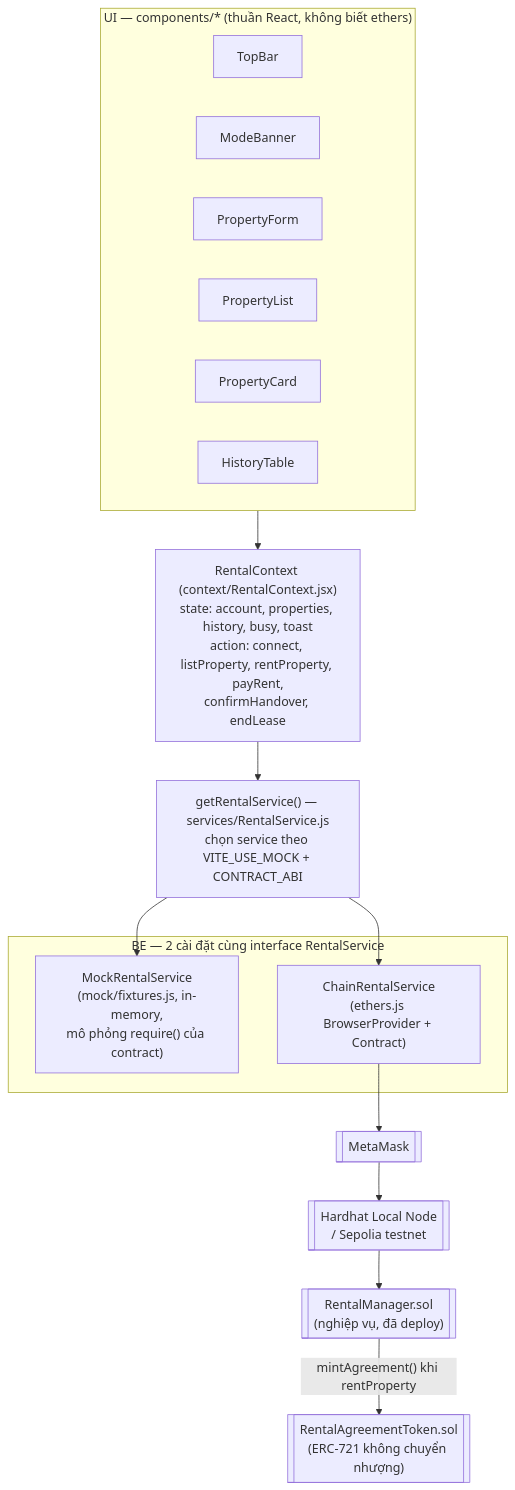
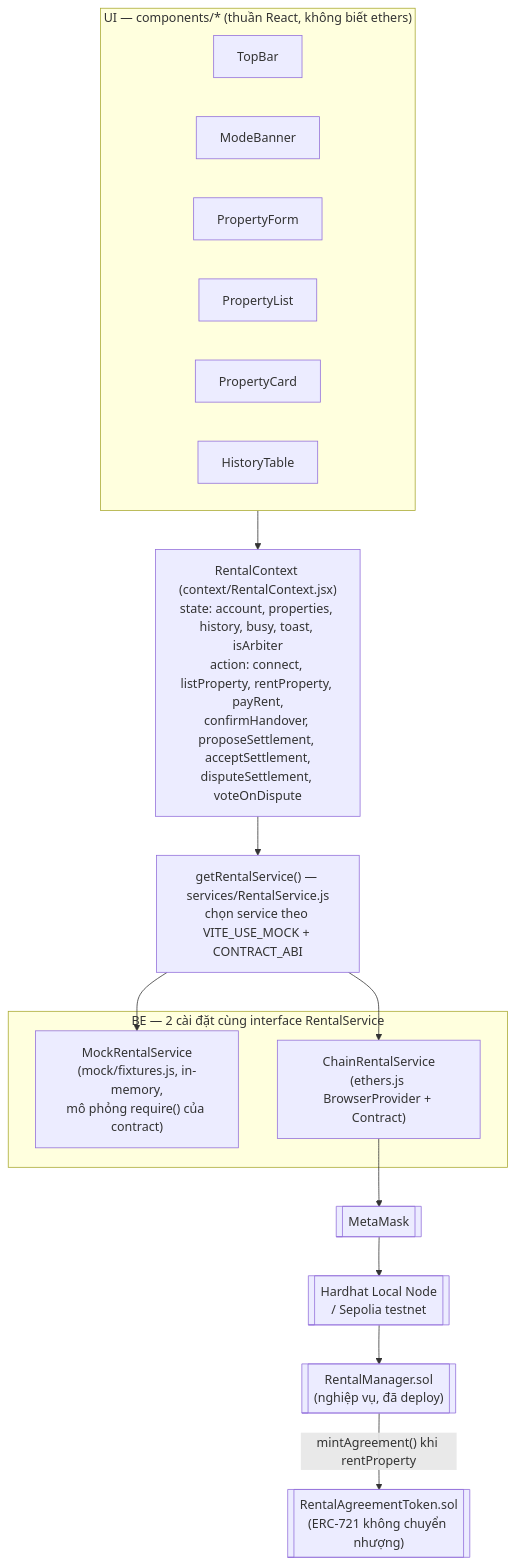
The second of 5 diagrams in docs/kien-truc-va-usecase.md (vinhha195-oss/he-thong-quan-ly-thue-nha-bang-smart-contract), drawn with Mermaid before and after one commit. The commit also changed other lines of this file and 39 other files, not shown here.

````diff
--- a/docs/kien-truc-va-usecase.md
+++ b/docs/kien-truc-va-usecase.md
@@ -36,31 +43,31 @@
 ```mermaid
 flowchart TB
     subgraph UI["UI — components/* (thuần React, không biết ethers)"]
         TopBar
         ModeBanner
         PropertyForm
         PropertyList & PropertyCard
         HistoryTable
     end
 
-    Context["RentalContext (context/RentalContext.jsx)\nstate: account, properties, history, busy, toast\naction: connect, listProperty, rentProperty, payRent,\nconfirmHandover, endLease"]
+    Context["RentalContext (context/RentalContext.jsx)\nstate: account, properties, history, busy, toast, isArbiter\naction: connect, listProperty, rentProperty, payRent,\nconfirmHandover, proposeSettlement, acceptSettlement,\ndisputeSettlement, voteOnDispute"]
 
     Factory["getRentalService() — services/RentalService.js\nchọn service theo VITE_USE_MOCK + CONTRACT_ABI"]
 
     subgraph BE["BE — 2 cài đặt cùng interface RentalService"]
         Mock["MockRentalService\n(mock/fixtures.js, in-memory,\nmô phỏng require() của contract)"]
         Chain["ChainRentalService\n(ethers.js BrowserProvider + Contract)"]
     end
 
     MetaMask[[MetaMask]]
     Node[["Hardhat Local Node\n/ Sepolia testnet"]]
     Manager[["RentalManager.sol\n(nghiệp vụ, đã deploy)"]]
     Token[["RentalAgreementToken.sol\n(ERC-721 không chuyển nhượng)"]]
 
     UI --> Context
     Context --> Factory
     Factory --> Mock
     Factory --> Chain
     Chain --> MetaMask --> Node --> Manager
     Manager -- "mintAgreement() khi rentProperty" --> Token
 ```
````
